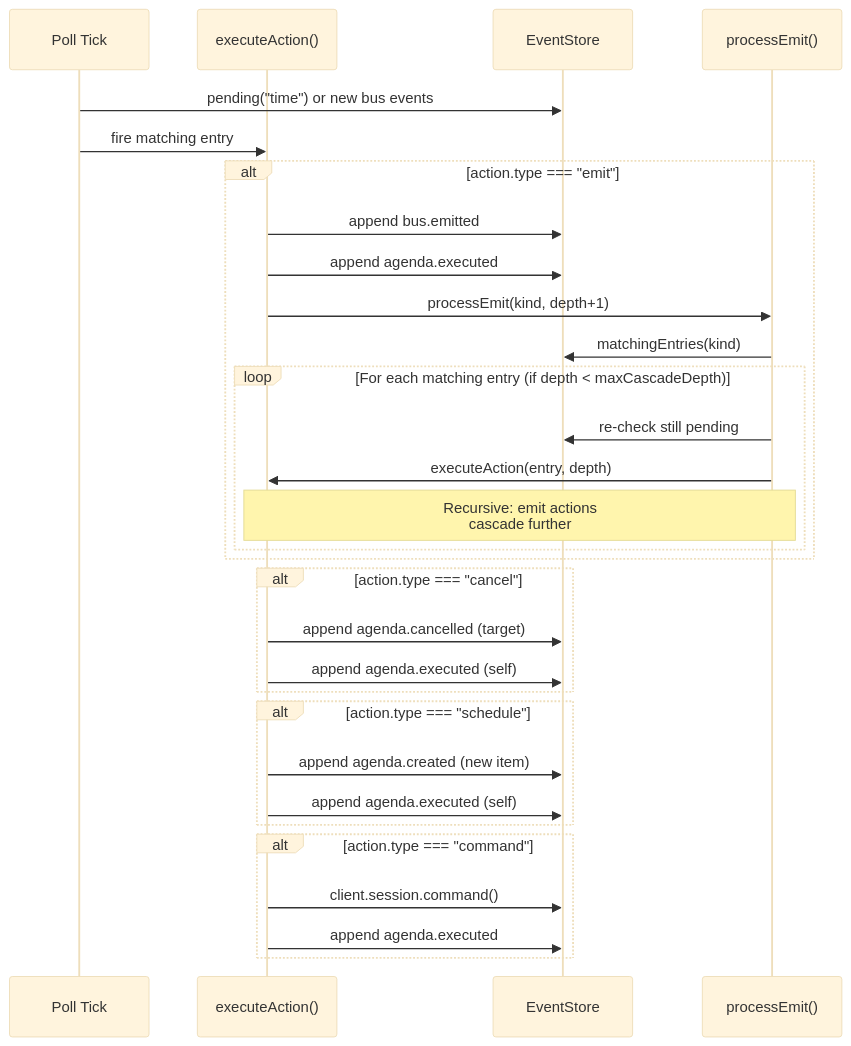
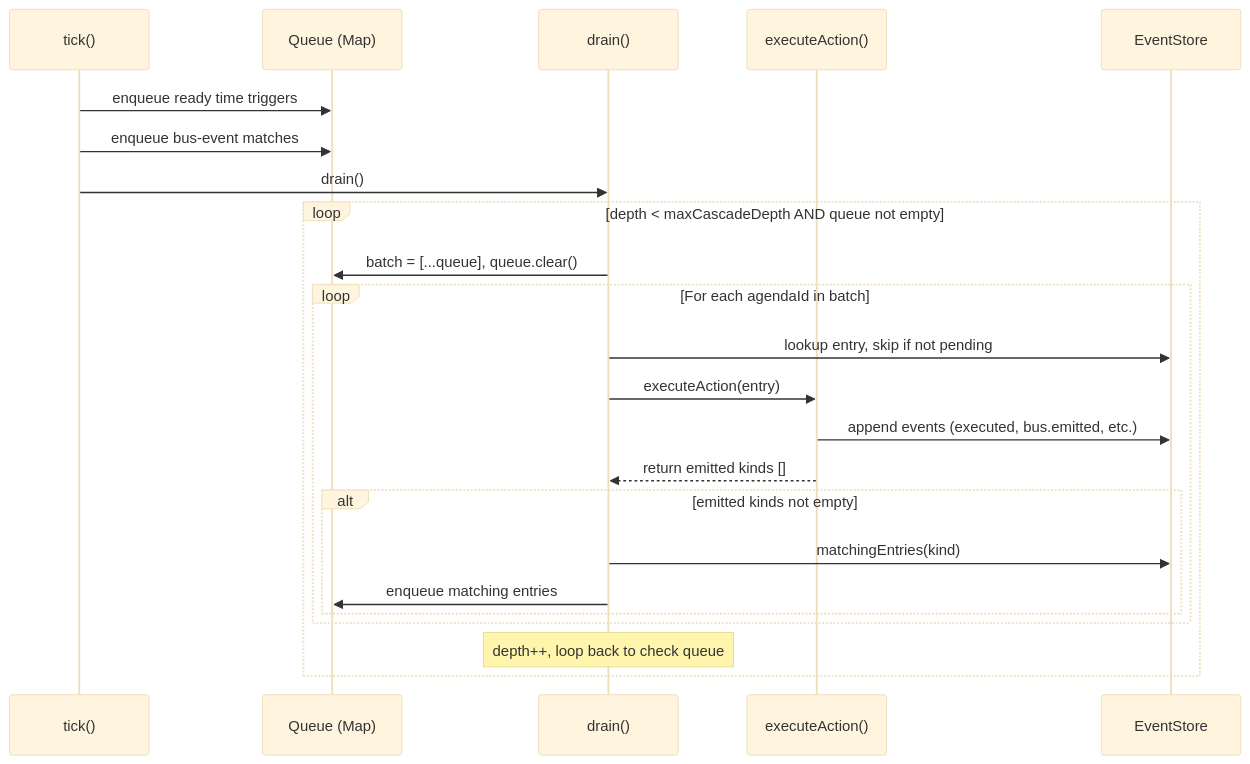
Before and after one commit to ToxicPine/opencode-agenda-plugin: the fifth of 7 diagrams in ARCHITECTURE.md, drawn with Mermaid (base theme). The commit also changed other lines of this file and 1 other file, not shown here.

First line of the commit message:
Replace mutex + dual poll loops with single tick and idempotent task queue

````diff
--- a/ARCHITECTURE.md
+++ b/ARCHITECTURE.md
@@ -146,37 +161,28 @@
 ```mermaid
 sequenceDiagram
-    participant Poll as Poll Tick
+    participant Tick as tick()
+    participant Queue as Queue (Map)
+    participant Drain as drain()
     participant Exec as executeAction()
     participant Store as EventStore
-    participant Cascade as processEmit()
 
-    Poll->>Store: pending("time") or new bus events
-    Poll->>Exec: fire matching entry
+    Tick->>Queue: enqueue ready time triggers
+    Tick->>Queue: enqueue bus-event matches
+    Tick->>Drain: drain()
 
-    alt action.type === "emit"
-        Exec->>Store: append bus.emitted
-        Exec->>Store: append agenda.executed
-        Exec->>Cascade: processEmit(kind, depth+1)
-        Cascade->>Store: matchingEntries(kind)
-        loop For each matching entry (if depth < maxCascadeDepth)
-            Cascade->>Store: re-check still pending
-            Cascade->>Exec: executeAction(entry, depth)
-            Note over Exec,Cascade: Recursive: emit actions<br/>cascade further
+    loop depth < maxCascadeDepth AND queue not empty
+        Drain->>Queue: batch = [...queue], queue.clear()
+        loop For each agendaId in batch
+            Drain->>Store: lookup entry, skip if not pending
+            Drain->>Exec: executeAction(entry)
+            Exec->>Store: append events (executed, bus.emitted, etc.)
+            Exec-->>Drain: return emitted kinds []
+
+            alt emitted kinds not empty
+                Drain->>Store: matchingEntries(kind)
+                Drain->>Queue: enqueue matching entries
+            end
         end
-    end
-
-    alt action.type === "cancel"
-        Exec->>Store: append agenda.cancelled (target)
-        Exec->>Store: append agenda.executed (self)
-    end
-
-    alt action.type === "schedule"
-        Exec->>Store: append agenda.created (new item)
-        Exec->>Store: append agenda.executed (self)
-    end
-
-    alt action.type === "command"
-        Exec->>Store: client.session.command()
-        Exec->>Store: append agenda.executed
+        Note over Drain: depth++, loop back to check queue
     end
 ```
````
